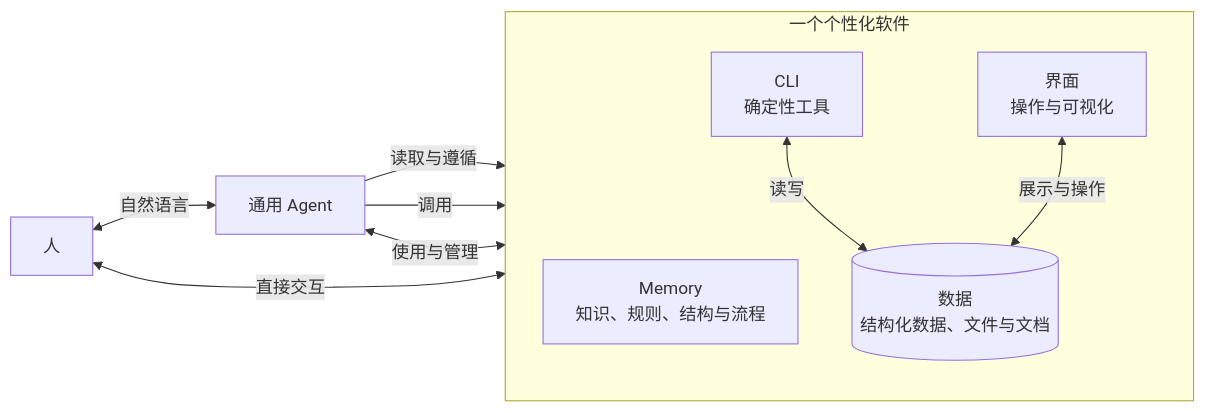
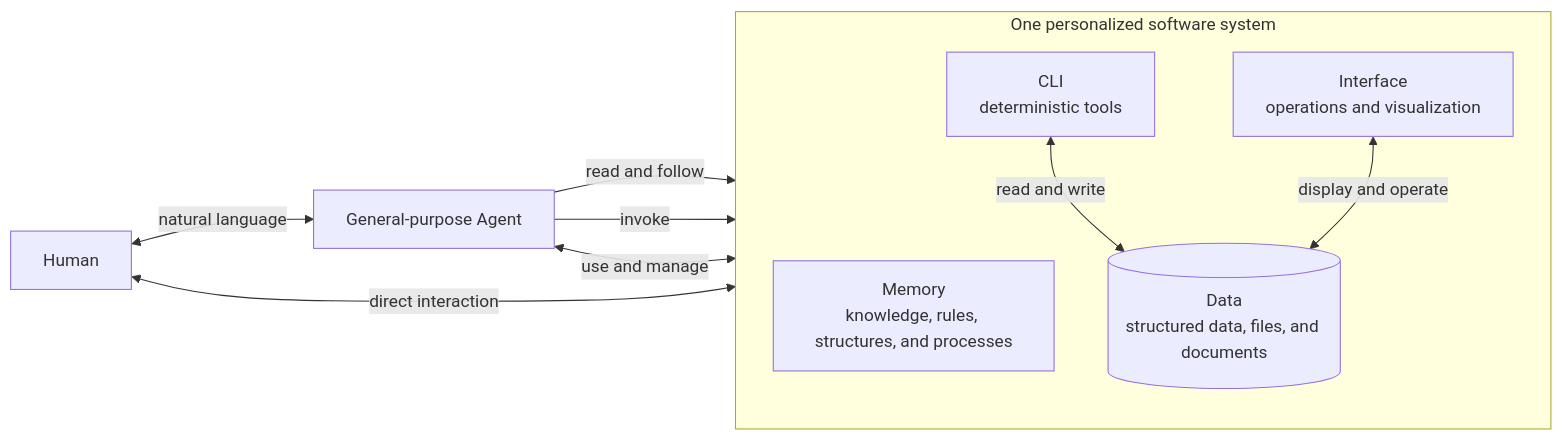
The diagram in README.md (billtenor/memsphere), drawn with Mermaid before and after one commit. The commit also changed other lines of this file and 4 other files, not shown here.

````diff
--- a/README.md
+++ b/README.md
@@ -78,22 +80,22 @@
-```mermaid
+~~~mermaid
 flowchart LR
-    H["人"]
-    A["通用 Agent"]
+    H["Human"]
+    A["General-purpose Agent"]
 
-    subgraph S["一个个性化软件"]
+    subgraph S["One personalized software system"]
         direction TB
-        M["Memory<br/>知识、规则、结构与流程"]
-        C["CLI<br/>确定性工具"]
-        D[("数据<br/>结构化数据、文件与文档")]
-        I["界面<br/>操作与可视化"]
+        M["Memory<br/>knowledge, rules, structures, and processes"]
+        C["CLI<br/>deterministic tools"]
+        D[("Data<br/>structured data, files, and documents")]
+        I["Interface<br/>operations and visualization"]
 
-        C <-->|"读写"| D
-        I <-->|"展示与操作"| D
+        C <-->|"read and write"| D
+        I <-->|"display and operate"| D
     end
 
-    H <-->|"自然语言"| A
-    A -->|"读取与遵循"| M
-    A -->|"调用"| C
-    A <-->|"使用与管理"| D
-    H <-->|"直接交互"| I
-```
+    H <-->|"natural language"| A
+    A -->|"read and follow"| M
+    A -->|"invoke"| C
+    A <-->|"use and manage"| D
+    H <-->|"direct interaction"| I
+~~~
````
